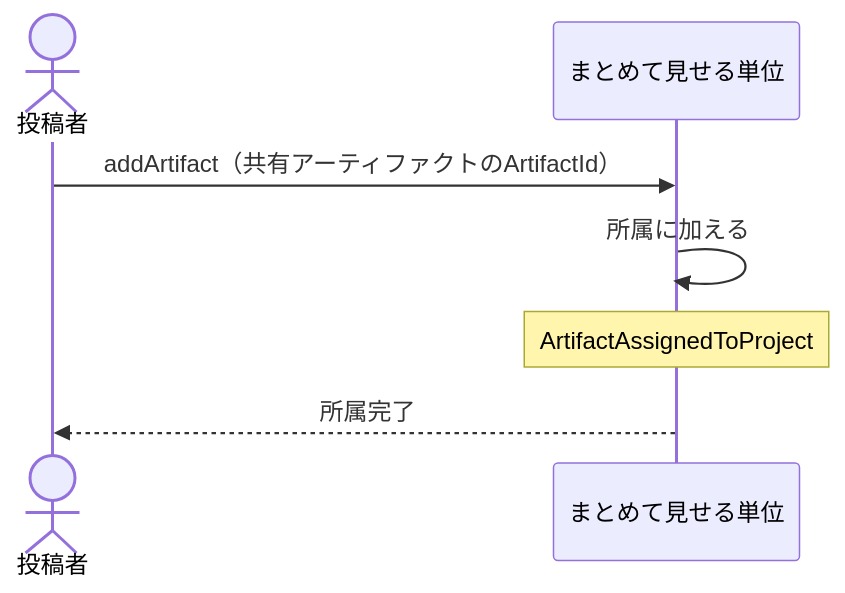
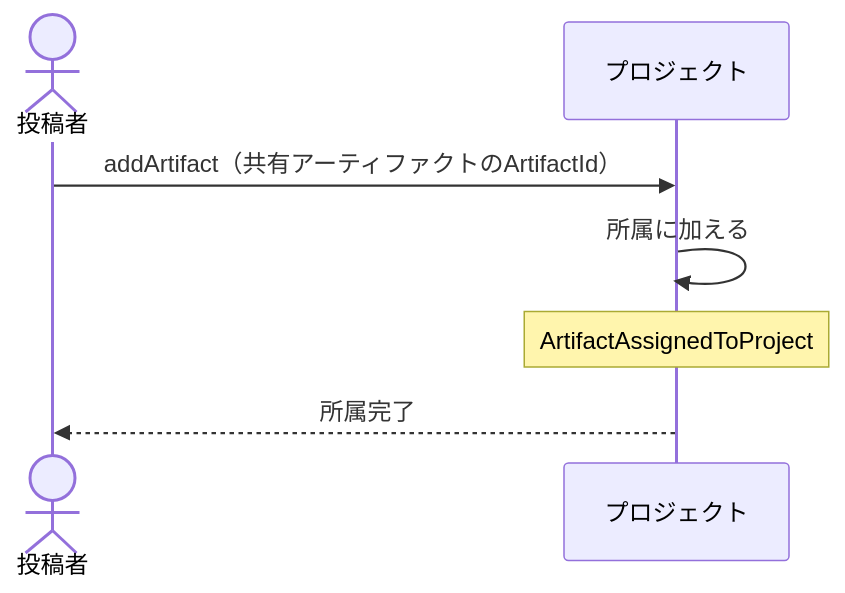
One commit to daidaiiro-519/waffle changed the diagram in .waffle/specs/bc-artifact-share/subdomain/sd-artifact-sharing/usecase/uc-assign-to-project.md. Above: the diagram before and after it, drawn with Mermaid. The commit also changed other lines of this file and 25 other files, not shown here.

````diff
--- a/.waffle/specs/bc-artifact-share/subdomain/sd-artifact-sharing/usecase/uc-assign-to-project.md
+++ b/.waffle/specs/bc-artifact-share/subdomain/sd-artifact-sharing/usecase/uc-assign-to-project.md
@@ -39,8 +39,8 @@
 ```mermaid
 sequenceDiagram
     actor 投稿者
-    投稿者->>まとめて見せる単位: addArtifact（共有アーティファクトのArtifactId）
-    まとめて見せる単位->>まとめて見せる単位: 所属に加える
-    Note over まとめて見せる単位: ArtifactAssignedToProject
-    まとめて見せる単位-->>投稿者: 所属完了
+    投稿者->>プロジェクト: addArtifact（共有アーティファクトのArtifactId）
+    プロジェクト->>プロジェクト: 所属に加える
+    Note over プロジェクト: ArtifactAssignedToProject
+    プロジェクト-->>投稿者: 所属完了
 ```
````
